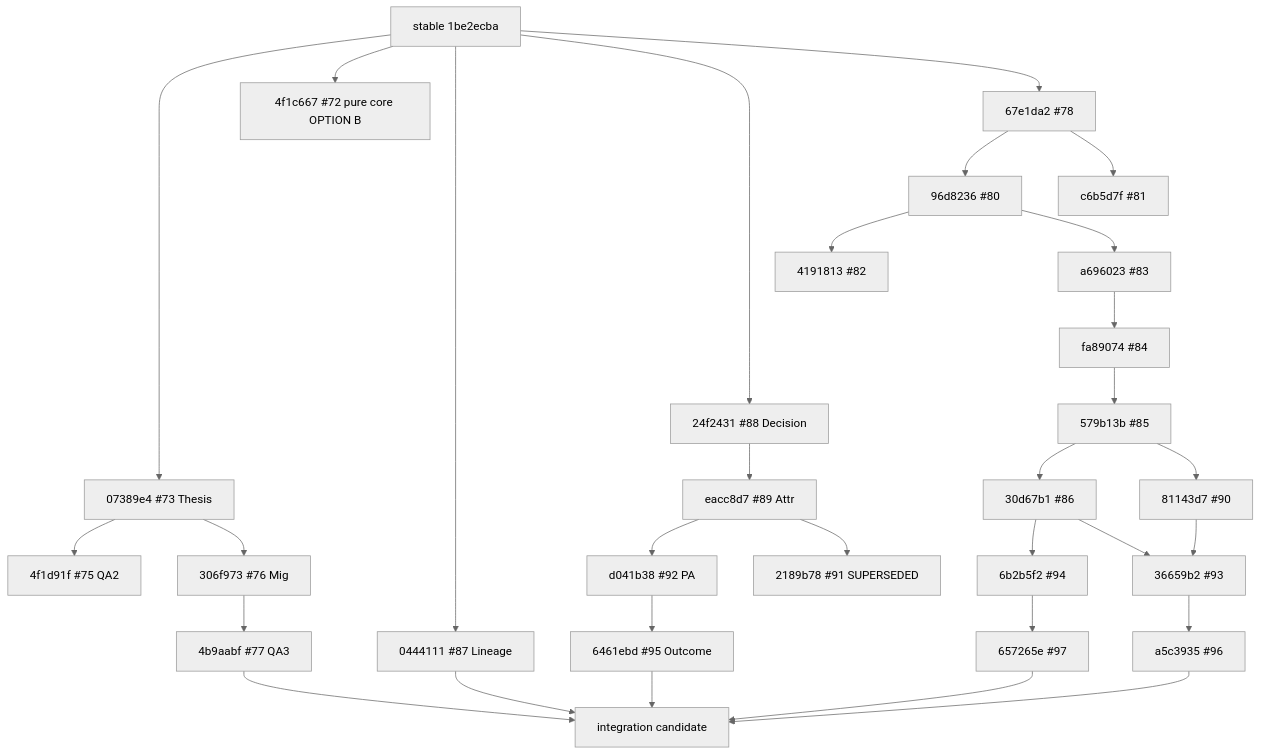
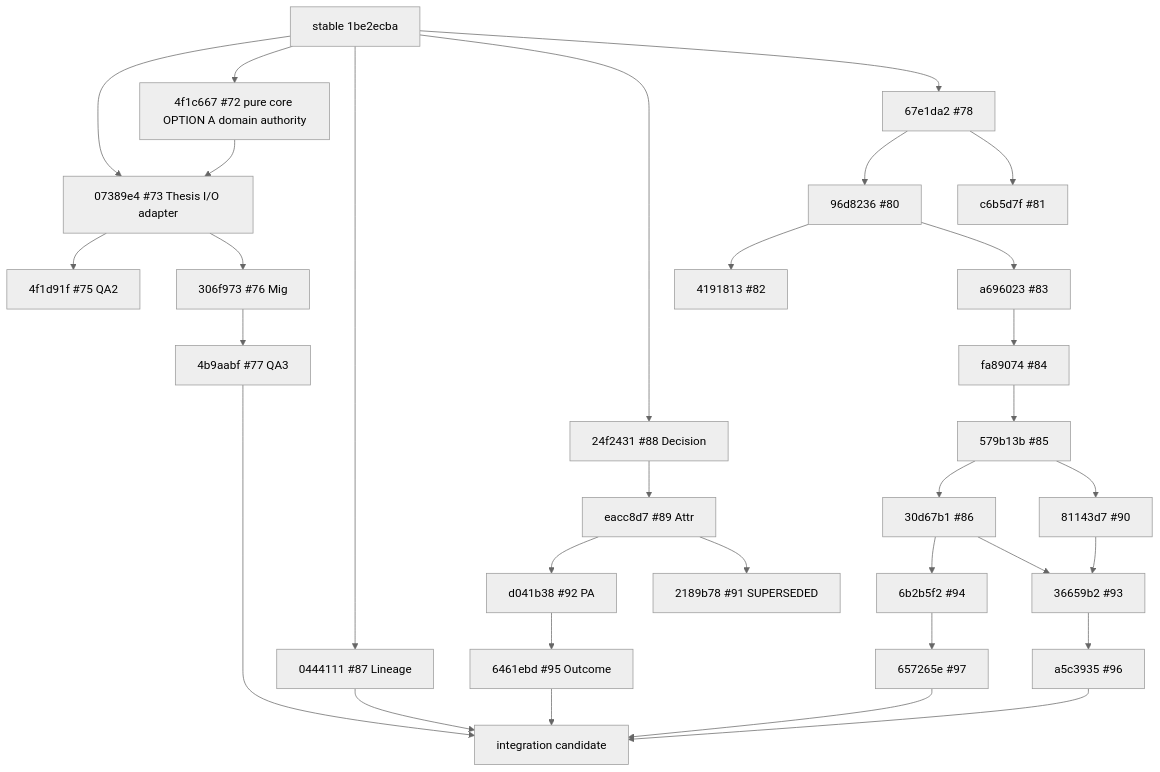
One commit to guilaile95/Vibe-Research changed the diagram in docs/integration/dependency_dag.md. Above: the diagram before and after it, drawn with Mermaid (neutral theme). The commit also changed other lines of this file and 4 other files, not shown here.

````diff
--- a/docs/integration/dependency_dag.md
+++ b/docs/integration/dependency_dag.md
@@ -136,34 +135,35 @@
 ```mermaid
 flowchart TD
   S[stable 1be2ecba]
-  S --> TH73[07389e4 #73 Thesis]
+  S --> TH73[07389e4 #73 Thesis I/O adapter]
   TH73 --> TH75[4f1d91f #75 QA2]
   TH73 --> TH76[306f973 #76 Mig]
   TH76 --> TH77[4b9aabf #77 QA3]
-  S --> TH72[4f1c667 #72 pure core OPTION B]
+  S --> TH72[4f1c667 #72 pure core OPTION A domain authority]
+  TH72 --> TH73
   S --> CL87[0444111 #87 Lineage]
   S --> FD88[24f2431 #88 Decision]
   FD88 --> TB89[eacc8d7 #89 Attr]
   TB89 --> PA92[d041b38 #92 PA]
   PA92 --> O95[6461ebd #95 Outcome]
   TB89 --> O91[2189b78 #91 SUPERSEDED]
   S --> DG78[67e1da2 #78]
   DG78 --> DG80[96d8236 #80]
   DG78 --> DG81[c6b5d7f #81]
   DG80 --> DG82[4191813 #82]
   DG80 --> S1A[a696023 #83]
   S1A --> S1B[fa89074 #84]
   S1B --> S1C[579b13b #85]
   S1C --> S2[30d67b1 #86]
   S2 --> S3[6b2b5f2 #94]
   S3 --> Q1[657265e #97]
   S1C --> H1[81143d7 #90]
   S2 --> H2[36659b2 #93]
   H1 --> H2
   H2 --> H3[a5c3935 #96]
   Q1 --> INT[integration candidate]
   H3 --> INT
   TH77 --> INT
   O95 --> INT
   CL87 --> INT
 ```
````
